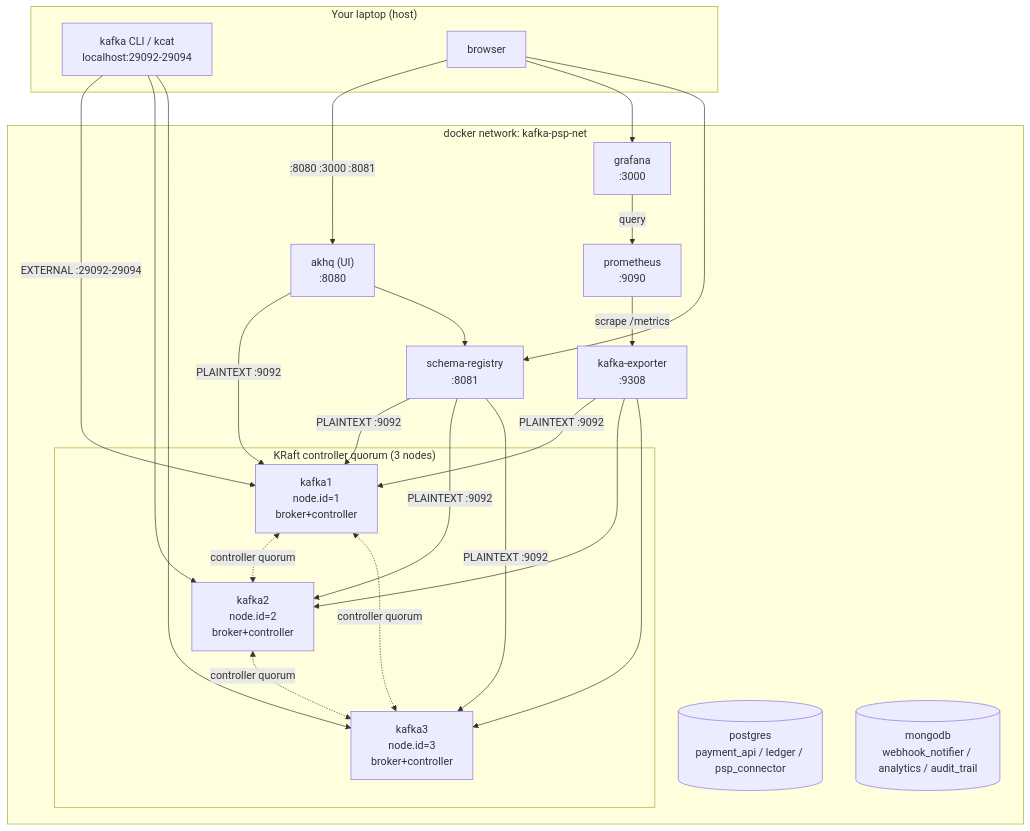
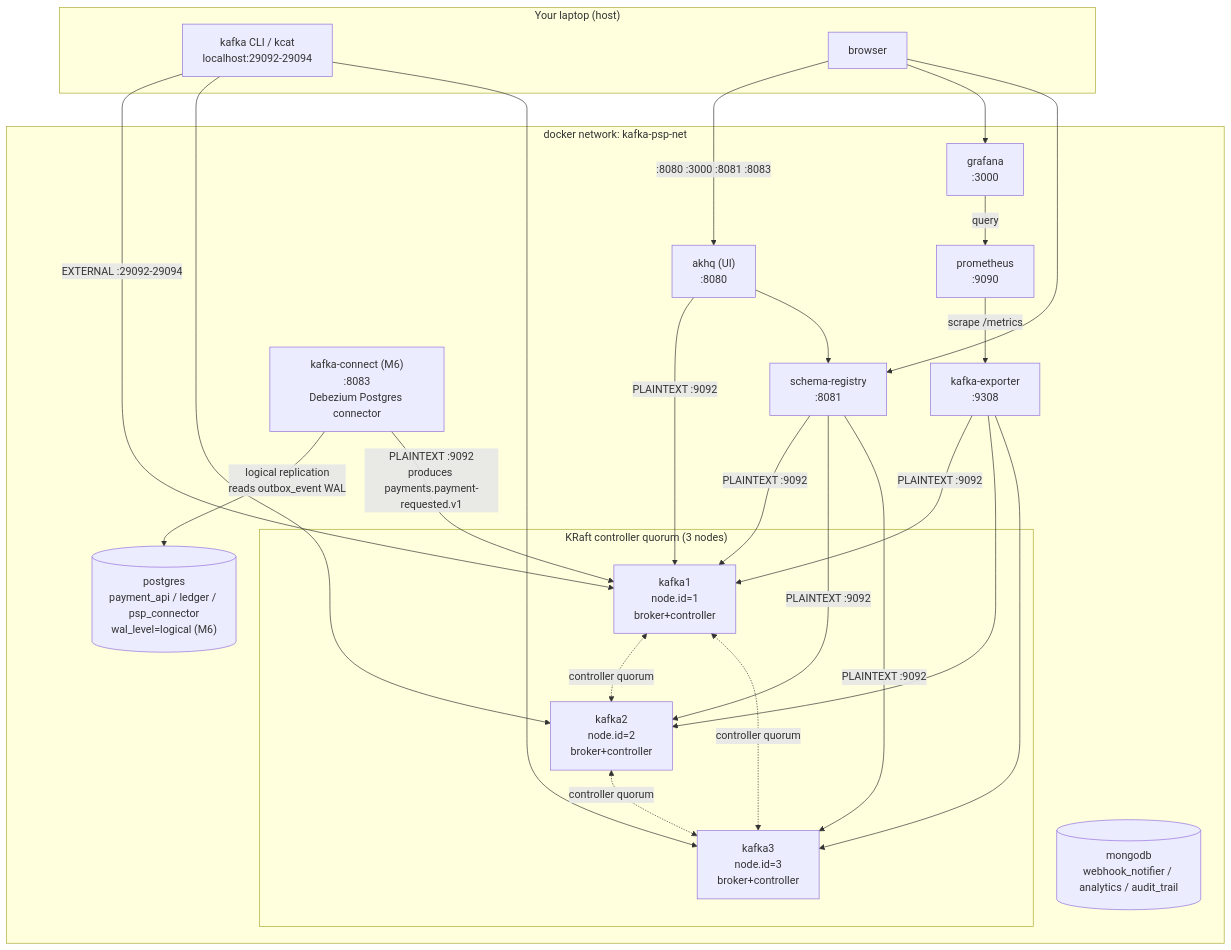
Before and after one commit to DmytroBobryshev/kafka-psp-pipeline: the diagram in infra/compose/README.md, drawn with Mermaid. The commit also changed other lines of this file and 14 other files, not shown here.

Commit message:
switch to transactional outbox with debezium

````diff
--- a/infra/compose/README.md
+++ b/infra/compose/README.md
@@ -25,45 +25,48 @@
 ```mermaid
 flowchart TB
     subgraph host["Your laptop (host)"]
         cli["kafka CLI / kcat<br/>localhost:29092-29094"]
         browser["browser"]
     end
 
     subgraph net["docker network: kafka-psp-net"]
         subgraph quorum["KRaft controller quorum (3 nodes)"]
             k1["kafka1<br/>node.id=1<br/>broker+controller"]
             k2["kafka2<br/>node.id=2<br/>broker+controller"]
             k3["kafka3<br/>node.id=3<br/>broker+controller"]
         end
 
         sr["schema-registry<br/>:8081"]
         akhq["akhq (UI)<br/>:8080"]
-        pg[("postgres<br/>payment_api / ledger / psp_connector")]
+        pg[("postgres<br/>payment_api / ledger / psp_connector<br/>wal_level=logical (M6)")]
         mongo[("mongodb<br/>webhook_notifier / analytics / audit_trail")]
         kexp["kafka-exporter<br/>:9308"]
         prom["prometheus<br/>:9090"]
         graf["grafana<br/>:3000"]
+        connect["kafka-connect (M6)<br/>:8083<br/>Debezium Postgres connector"]
 
         k1 <-. controller quorum .-> k2
         k2 <-. controller quorum .-> k3
         k3 <-. controller quorum .-> k1
 
         sr -->|PLAINTEXT :9092| k1
         sr -->|PLAINTEXT :9092| k2
         sr -->|PLAINTEXT :9092| k3
         akhq -->|PLAINTEXT :9092| k1
         akhq --> sr
         kexp -->|PLAINTEXT :9092| k1
         kexp --> k2
         kexp --> k3
         prom -->|scrape /metrics| kexp
         graf -->|query| prom
+        connect -->|logical replication<br/>reads outbox_event WAL| pg
+        connect -->|PLAINTEXT :9092<br/>produces payments.payment-requested.v1| k1
     end
 
     cli -->|EXTERNAL :29092-29094| k1
     cli --> k2
     cli --> k3
-    browser -->|:8080 :3000 :8081| akhq
+    browser -->|:8080 :3000 :8081 :8083| akhq
     browser --> graf
     browser --> sr
 ```
````
